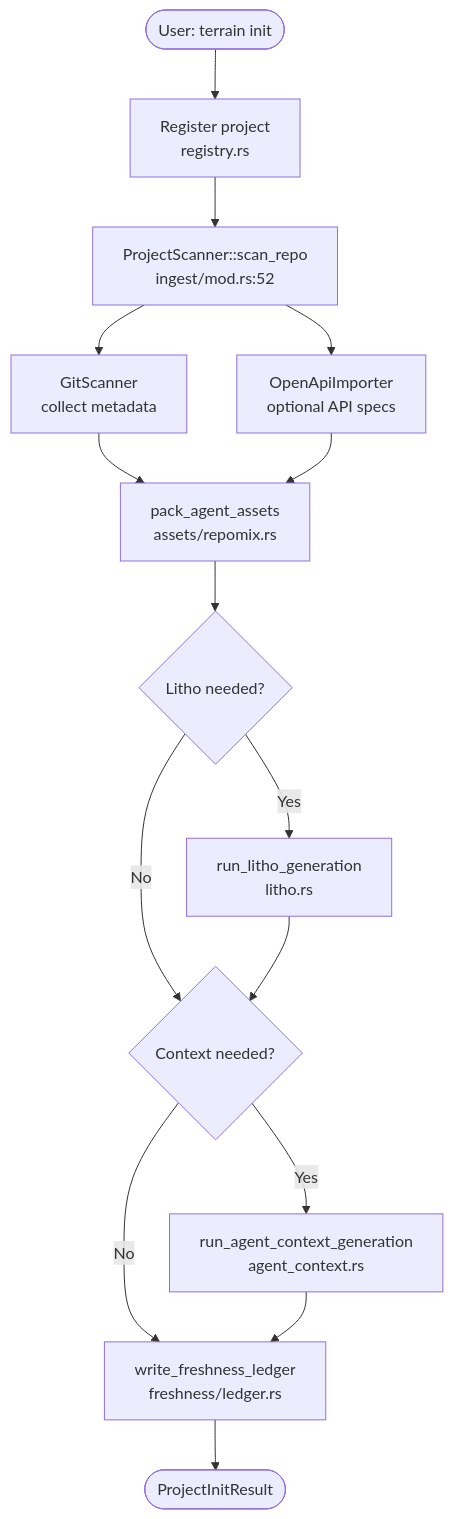
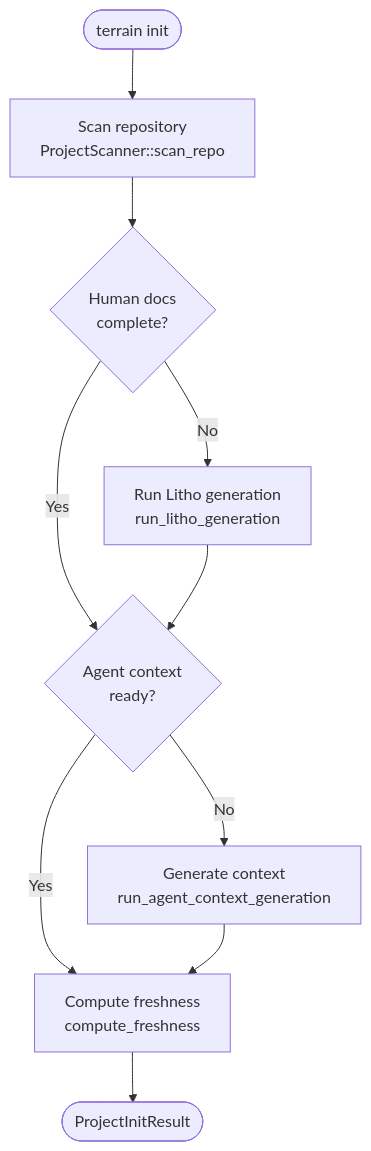
The second of 5 diagrams in .terrain/human/3.Workflows.md (sopaco/terrain), drawn with Mermaid before and after one commit. The commit also changed other lines of this file and 12 other files, not shown here.

Commit message:
update terrain assets

````diff
--- a/.terrain/human/3.Workflows.md
+++ b/.terrain/human/3.Workflows.md
@@ -43,17 +46,12 @@
 ```mermaid
 flowchart TD
-    Start(["User: terrain init"]) --> Register["Register project<br/>registry.rs"]
-    Register --> Scan["ProjectScanner::scan_repo<br/>ingest/mod.rs:52"]
-    Scan --> GitScan["GitScanner<br/>collect metadata"]
-    Scan --> OpenAPI["OpenApiImporter<br/>optional API specs"]
-    GitScan --> Pack["pack_agent_assets<br/>assets/repomix.rs"]
-    OpenAPI --> Pack
-    Pack --> LithoCheck{"Litho needed?"}
-    LithoCheck -->|Yes| Litho["run_litho_generation<br/>litho.rs"]
-    LithoCheck -->|No| ContextCheck
-    Litho --> ContextCheck{"Context needed?"}
-    ContextCheck -->|Yes| Context["run_agent_context_generation<br/>agent_context.rs"]
-    ContextCheck -->|No| Freshness
-    Context --> Freshness["write_freshness_ledger<br/>freshness/ledger.rs"]
-    Freshness --> End(["ProjectInitResult"])
+    Start(["terrain init"]) --> Scan["Scan repository<br/>ProjectScanner::scan_repo"]
+    Scan --> CheckLitho{"Human docs<br/>complete?"}
+    CheckLitho -->|No| Litho["Run Litho generation<br/>run_litho_generation"]
+    CheckLitho -->|Yes| CheckCtx
+    Litho --> CheckCtx{"Agent context<br/>ready?"}
+    CheckCtx -->|No| Ctx["Generate context<br/>run_agent_context_generation"]
+    CheckCtx -->|Yes| Fresh
+    Ctx --> Fresh["Compute freshness<br/>compute_freshness"]
+    Fresh --> End(["ProjectInitResult"])
 ```
````
